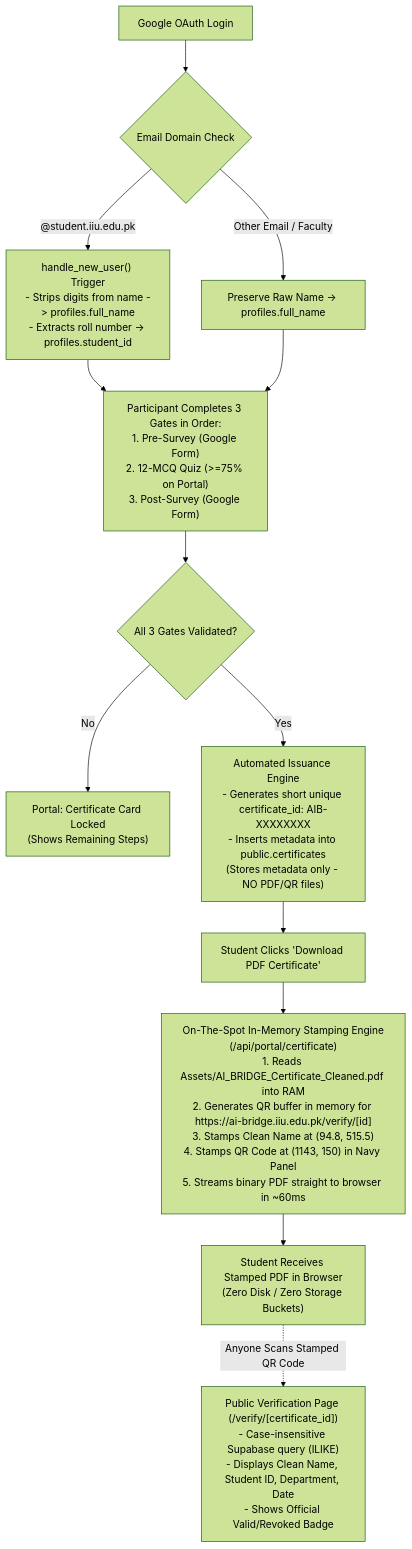
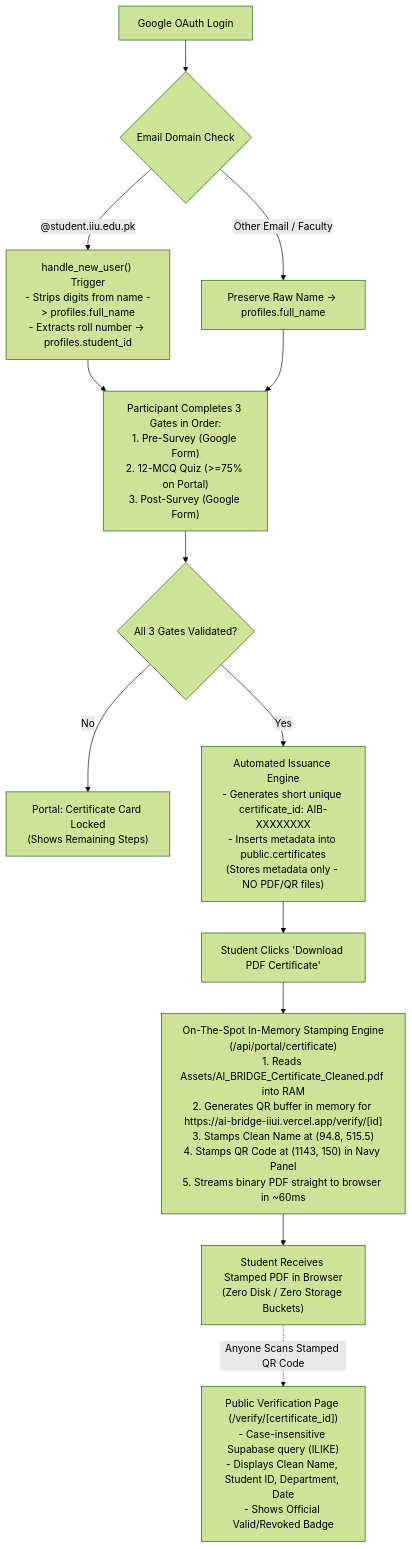
One commit to aibridgeiiuifms/AI-Bridge changed the diagram in Documentation/Certification/CERTIFICATION_SYSTEM_ANALYSIS_AND_SPECIFICATION_V2.md. Above: the diagram before and after it, drawn with Mermaid (forest theme). The commit also changed other lines of this file and 7 other files, not shown here.

First line of the commit message:
Support legacy certificate IDs + QR Code Domain Error Fixed

````diff
--- a/Documentation/Certification/CERTIFICATION_SYSTEM_ANALYSIS_AND_SPECIFICATION_V2.md
+++ b/Documentation/Certification/CERTIFICATION_SYSTEM_ANALYSIS_AND_SPECIFICATION_V2.md
@@ -55,21 +55,21 @@
 ```mermaid
 flowchart TD
     A[Google OAuth Login] --> B{"Email Domain Check"}
     B -- "@student.iiu.edu.pk" --> C["handle_new_user() Trigger\n- Strips digits from name -> profiles.full_name\n- Extracts roll number -> profiles.student_id"]
     B -- "Other Email / Faculty" --> D["Preserve Raw Name -> profiles.full_name"]
     
     C & D --> E["Participant Completes 3 Gates in Order:\n1. Pre-Survey (Google Form)\n2. 12-MCQ Quiz (>=75% on Portal)\n3. Post-Survey (Google Form)"]
     
     E --> F{"All 3 Gates Validated?"}
     F -- No --> G["Portal: Certificate Card Locked\n(Shows Remaining Steps)"]
     
     F -- Yes --> H["Automated Issuance Engine\n- Generates short unique certificate_id: AIB-XXXXXXXX\n- Inserts metadata into public.certificates\n(Stores metadata only - NO PDF/QR files)"]
     
     H --> I["Student Clicks 'Download PDF Certificate'"]
     
-    I --> J["On-The-Spot In-Memory Stamping Engine\n(/api/portal/certificate)\n1. Reads Assets/AI_BRIDGE_Certificate_Cleaned.pdf into RAM\n2. Generates QR buffer in memory for https://ai-bridge.iiu.edu.pk/verify/[id]\n3. Stamps Clean Name at (94.8, 515.5)\n4. Stamps QR Code at (1143, 150) in Navy Panel\n5. Streams binary PDF straight to browser in ~60ms"]
+    I --> J["On-The-Spot In-Memory Stamping Engine\n(/api/portal/certificate)\n1. Reads Assets/AI_BRIDGE_Certificate_Cleaned.pdf into RAM\n2. Generates QR buffer in memory for https://ai-bridge-iiui.vercel.app/verify/[id]\n3. Stamps Clean Name at (94.8, 515.5)\n4. Stamps QR Code at (1143, 150) in Navy Panel\n5. Streams binary PDF straight to browser in ~60ms"]
     
     J --> K["Student Receives Stamped PDF in Browser\n(Zero Disk / Zero Storage Buckets)"]
     
     K -.->|Anyone Scans Stamped QR Code| L["Public Verification Page (/verify/[certificate_id])\n- Case-insensitive Supabase query (ILIKE)\n- Displays Clean Name, Student ID, Department, Date\n- Shows Official Valid/Revoked Badge"]
 ```
````
